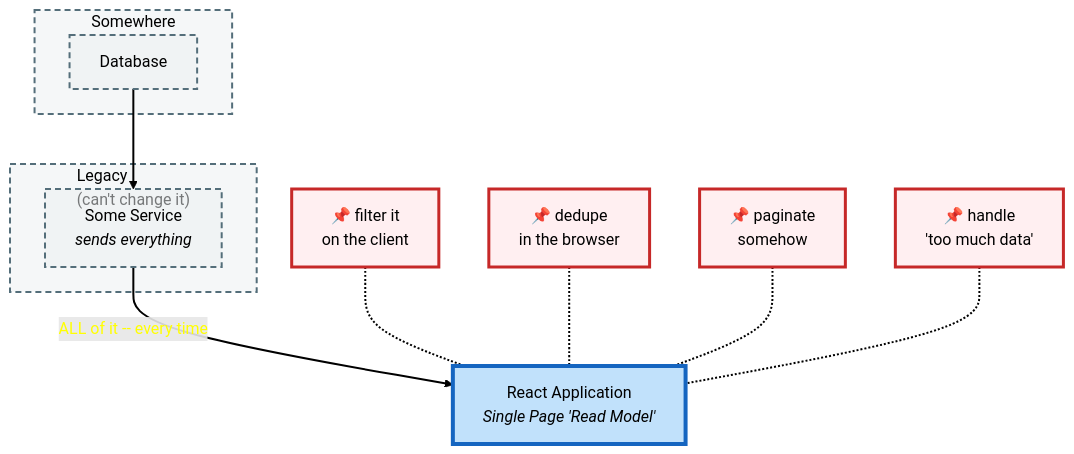
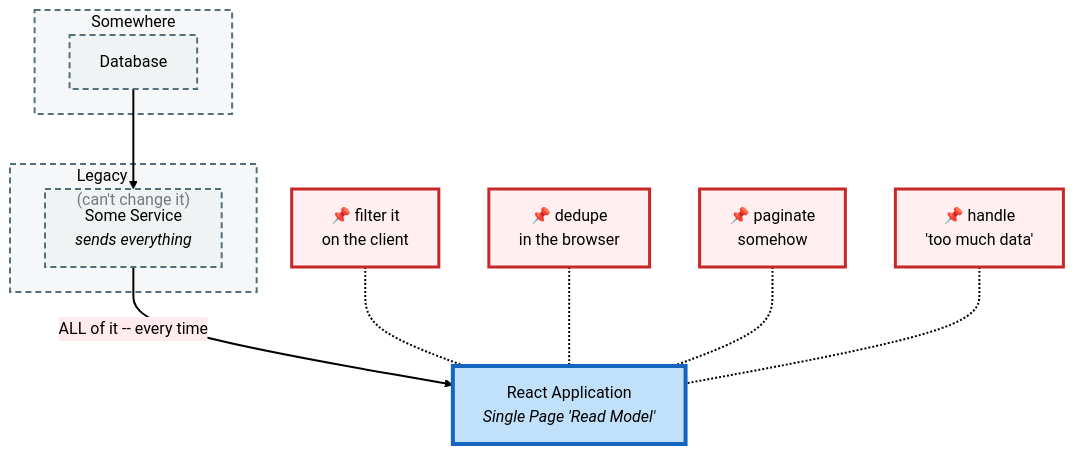
The diagram in site/_includes/diagrams/morons-show-react.mmd (Mimis-Gildi/riddle-me-this), drawn with Mermaid before and after one commit. The commit also changed 5 other files, not shown here.

```diff
--- a/site/_includes/diagrams/morons-show-react.mmd
+++ b/site/_includes/diagrams/morons-show-react.mmd
@@ -1,34 +1,35 @@
+%%{init: {'themeVariables': {'edgeLabelBackground': '#FFEBEE'}}}%%
 graph TB
 
     subgraph LegacyExternalSystem ["Somewhere"]
         LegacyDatabase["Database"]
     end
 
     subgraph LegacyServices ["Legacy<br/>(can't change it)"]
         LegacyService["Some Service<br/><i>sends everything</i>"]
     end
 
     ReactApp["React Application<br/><i>Single Page 'Read Model'</i>"]
 
     LegacyDatabase --> LegacyService
     LegacyService ==>|"ALL of it -- every time"| ReactApp
 
     CommentFilter["📌 filter it<br/>on the client"]
     CommentDedupe["📌 dedupe<br/>in the browser"]
     CommentPaginate["📌 paginate<br/>somehow"]
     CommentTooMuch["📌 handle<br/>'too much data'"]
 
     CommentFilter -.- ReactApp
     CommentDedupe -.- ReactApp
     CommentPaginate -.- ReactApp
     CommentTooMuch -.- ReactApp
 
     classDef UIStyle fill:#BBDEFBE6,stroke:#1565C0,stroke-width:4px,color:black
     classDef ExternalStyle fill:#ECEFF180,stroke:#546E7A,stroke-width:2px,stroke-dasharray:6 4,color:black
     classDef CommentStyle fill:#FFEBEECC,stroke:#C62828,stroke-width:3px,color:black
 
     class ReactApp UIStyle
     class LegacyExternalSystem,LegacyDatabase,LegacyServices,LegacyService ExternalStyle
     class CommentFilter,CommentDedupe,CommentPaginate,CommentTooMuch CommentStyle
 
-    linkStyle default stroke:black,stroke-width:2px,color:yellow
+    linkStyle default stroke:black,stroke-width:2px,color:black
```
